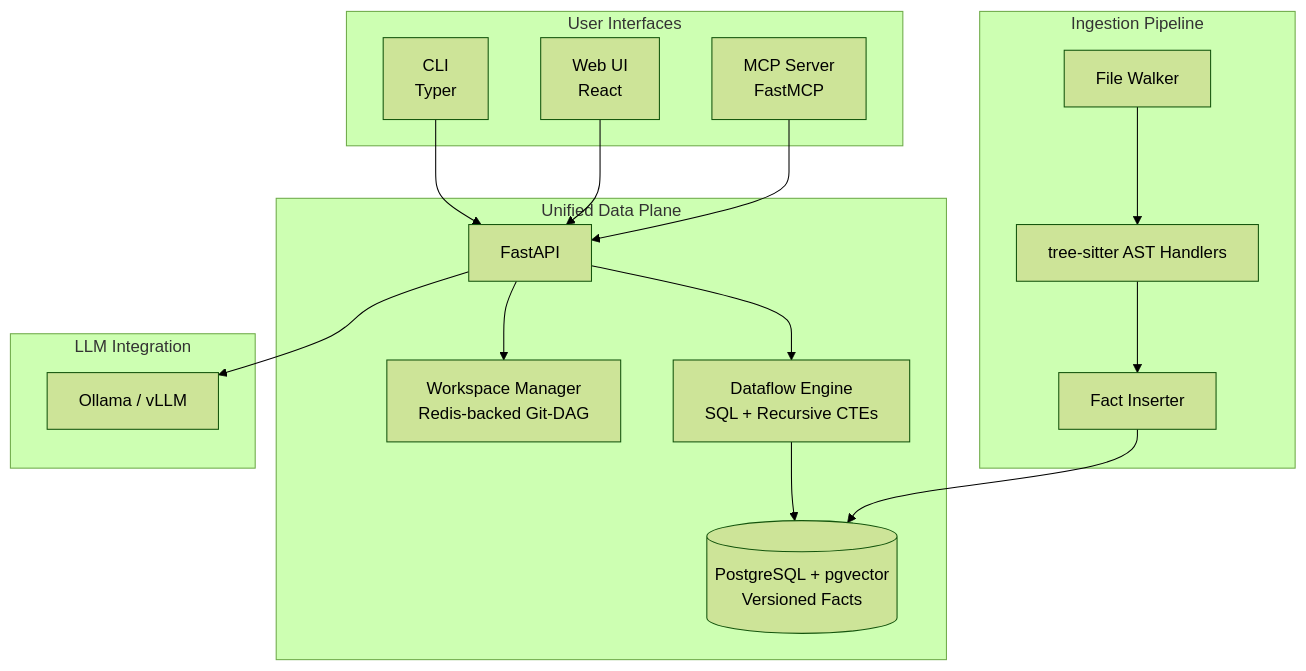
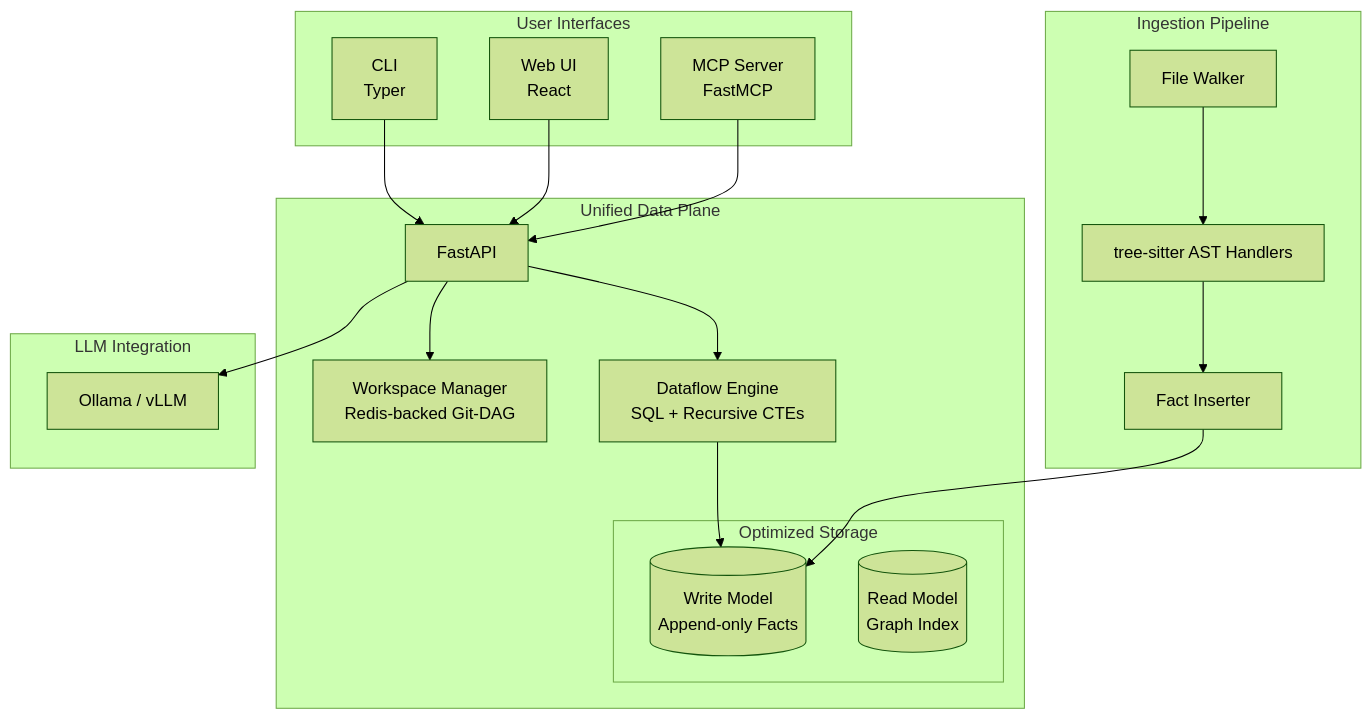
Before and after one commit to bmrtech-oss/code-intel: the first of 2 diagrams in README.md, drawn with Mermaid (forest theme). The commit also changed other lines of this file and 24 other files, not shown here.

````diff
--- a/README.md
+++ b/README.md
@@ -9,34 +9,37 @@
 ```mermaid
 graph TB
     subgraph "User Interfaces"
         CLI[CLI<br/>Typer]
         WebUI[Web UI<br/>React]
         MCP[MCP Server<br/>FastMCP]
     end
 
     subgraph "Unified Data Plane"
         API[FastAPI]
         Workspace[Workspace Manager<br/>Redis-backed Git-DAG]
         Engine[Dataflow Engine<br/>SQL + Recursive CTEs]
-        Store[(PostgreSQL + pgvector<br/>Versioned Facts)]
+        subgraph "Optimized Storage"
+            Store[(Write Model<br/>Append-only Facts)]
+            ReadModel[(Read Model<br/>Graph Index)]
+        end
     end
 
     subgraph "Ingestion Pipeline"
         Walker[File Walker]
         Parser[tree-sitter AST Handlers]
         FactInserter[Fact Inserter]
     end
 
     subgraph "LLM Integration"
         Ollama[Ollama / vLLM]
     end
 
     CLI --> API
     WebUI --> API
     MCP --> API
     API --> Workspace
     API --> Engine
     Engine --> Store
     Walker --> Parser --> FactInserter --> Store
     API --> Ollama
 ```
````
